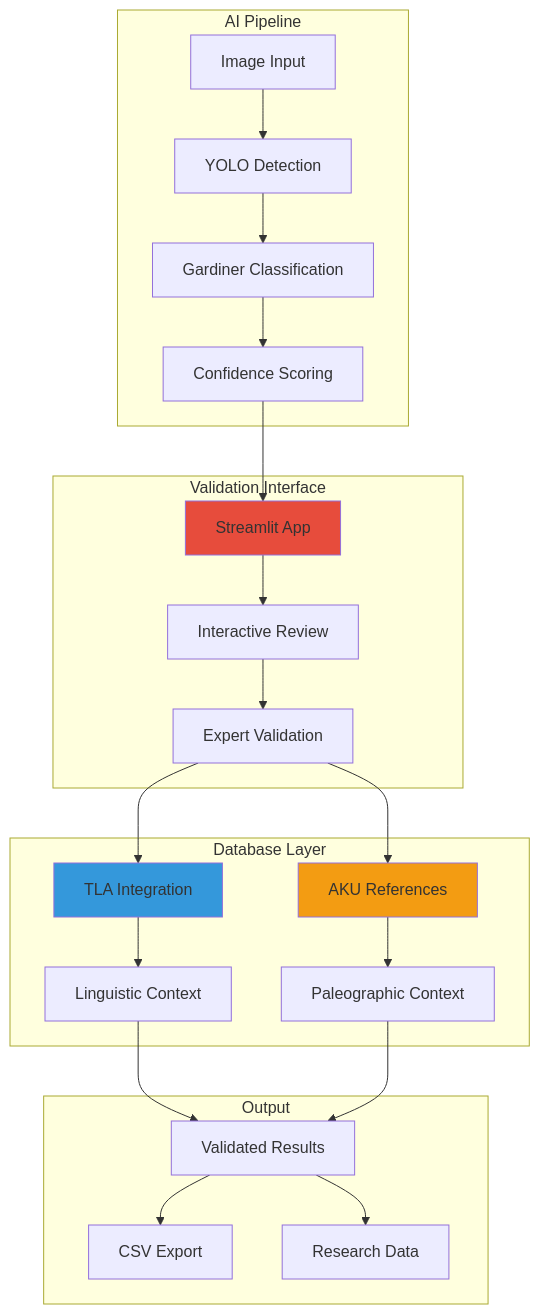
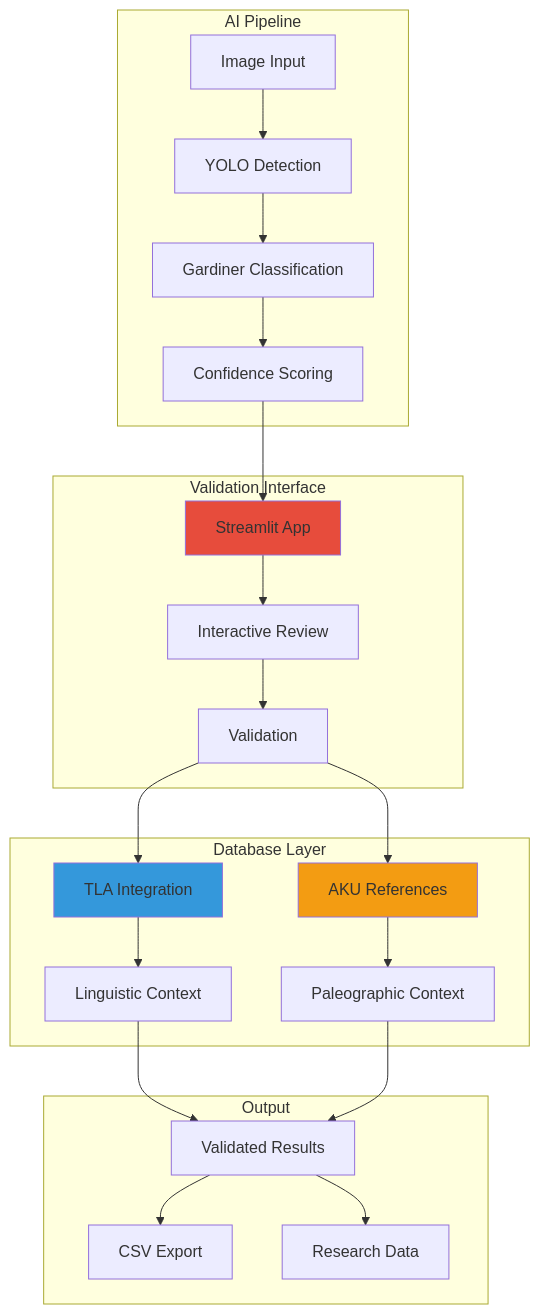
The fifth of 5 diagrams in README.md (MargotBelot/HieraticAI), drawn with Mermaid before and after one commit. The commit also changed other lines of this file and 28 other files, not shown here.

````diff
--- a/README.md
+++ b/README.md
@@ -315,32 +314,32 @@
 ```mermaid
 graph TB
     subgraph "AI Pipeline"
         A[Image Input] --> B[YOLO Detection]
         B --> C[Gardiner Classification]
         C --> D[Confidence Scoring]
     end
     
     subgraph "Validation Interface"
         D --> E[Streamlit App]
         E --> F[Interactive Review]
-        F --> G[Expert Validation]
+        F --> G[Validation]
     end
     
     subgraph "Database Layer"
         G --> H[TLA Integration]
         G --> I[AKU References]
         H --> J[Linguistic Context]
         I --> K[Paleographic Context]
     end
     
     subgraph "Output"
         J --> L[Validated Results]
         K --> L
         L --> M[CSV Export]
         L --> N[Research Data]
     end
     
     style E fill:#e74c3c
     style H fill:#3498db
     style I fill:#f39c12
 ```
````
